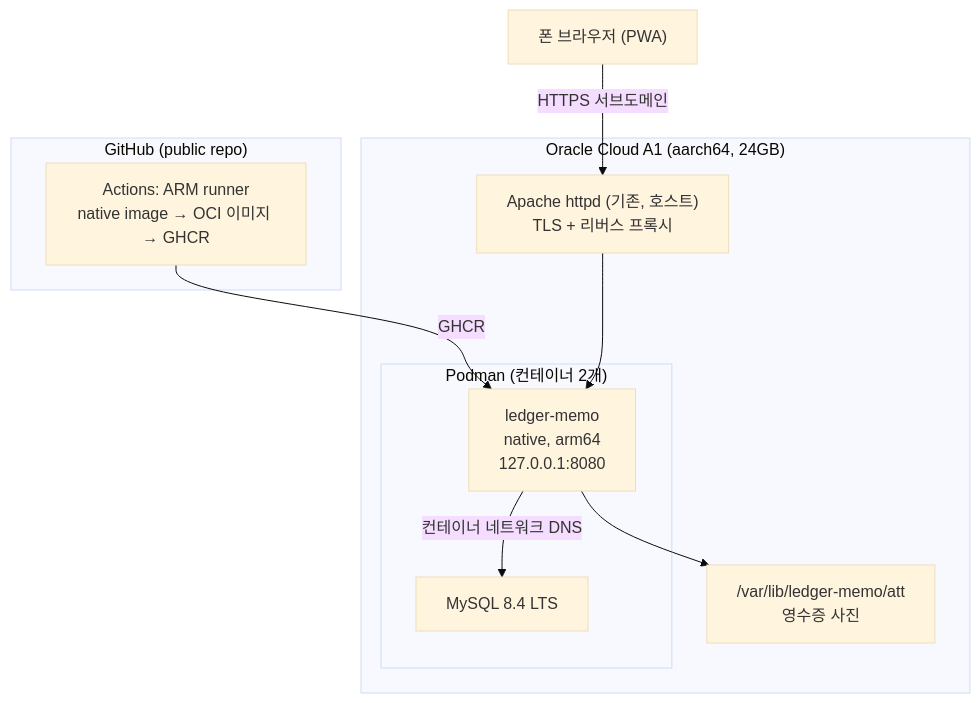
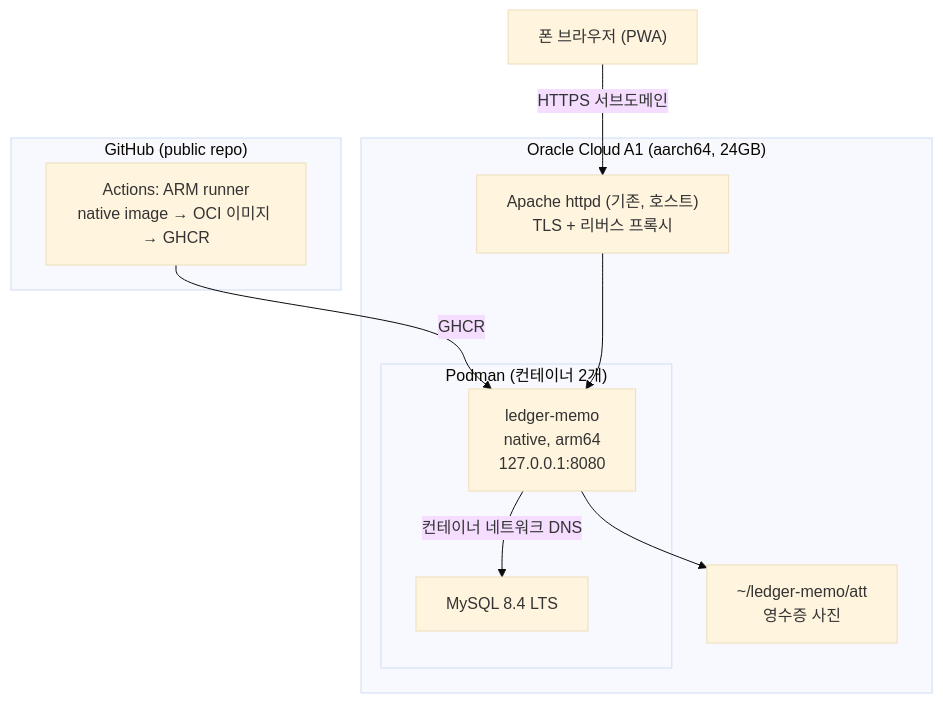
One commit to KENNYSOFT/ledger-memo changed the second of 2 diagrams in DESIGN.md. Above: the diagram before and after it, drawn with Mermaid (base theme). The commit also changed other lines of this file and 1 other file, not shown here.

````diff
--- a/DESIGN.md
+++ b/DESIGN.md
@@ -278,19 +278,19 @@
 ```mermaid
 graph TB
     subgraph GH["GitHub (public repo)"]
         A["Actions: ARM runner<br/>native image → OCI 이미지 → GHCR"]
     end
     subgraph A1["Oracle Cloud A1 (aarch64, 24GB)"]
         H["Apache httpd (기존, 호스트)<br/>TLS + 리버스 프록시"]
         subgraph POD["Podman (컨테이너 2개)"]
             APP["ledger-memo<br/>native, arm64<br/>127.0.0.1:8080"]
             DB["MySQL 8.4 LTS"]
         end
-        V["/var/lib/ledger-memo/att<br/>영수증 사진"]
+        V["~/ledger-memo/att<br/>영수증 사진"]
     end
     A -- "GHCR" --> APP
     P["폰 브라우저 (PWA)"] -- "HTTPS 서브도메인" --> H
     H --> APP
     APP -- "컨테이너 네트워크 DNS" --> DB
     APP --> V
 ```
````
